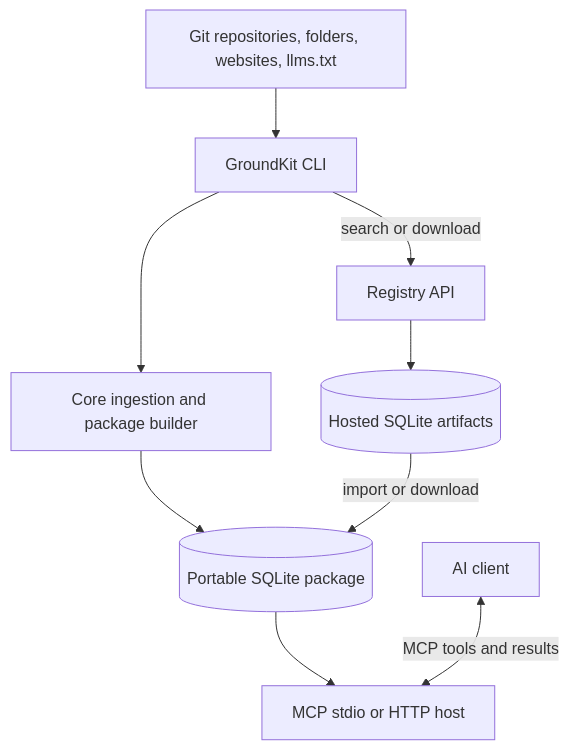
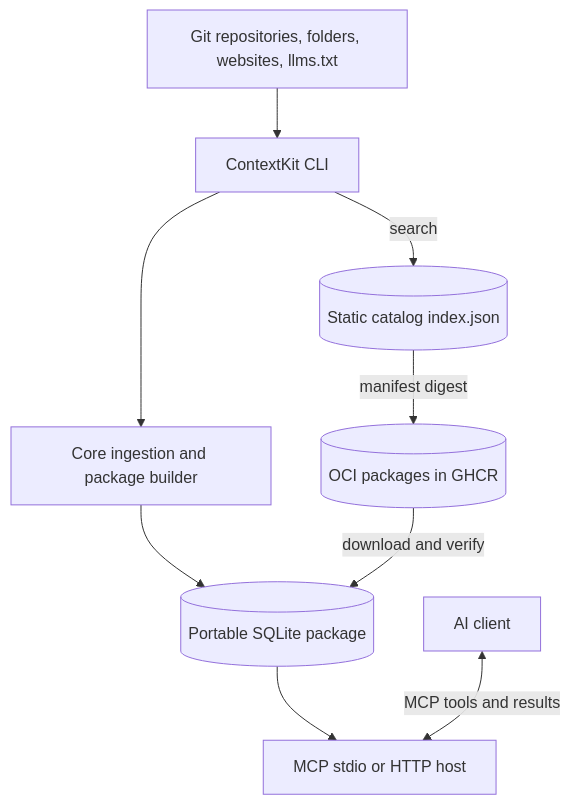
Before and after one commit to mehdihadeli/ContextKit: the second of 4 diagrams in docs/guide/architecture.md, drawn with Mermaid. The commit also changed other lines of this file and 204 other files, not shown here.

````diff
--- a/docs/guide/architecture.md
+++ b/docs/guide/architecture.md
@@ -55,20 +79,20 @@
 ```mermaid
 flowchart TB
   sources[Git repositories, folders, websites, llms.txt]
-  cli[GroundKit CLI]
+  cli[ContextKit CLI]
   ingestion[Core ingestion and package builder]
   local[(Portable SQLite package)]
-  registry[Registry API]
-  hosted[(Hosted SQLite artifacts)]
+  catalog[(Static catalog index.json)]
+  oci[(OCI packages in GHCR)]
   mcp[MCP stdio or HTTP host]
   ai[AI client]
 
   sources --> cli
   cli --> ingestion
   ingestion --> local
-  cli -->|search or download| registry
-  registry --> hosted
-  hosted -->|import or download| local
+  cli -->|search| catalog
+  catalog -->|manifest digest| oci
+  oci -->|download and verify| local
   local --> mcp
   ai <-->|MCP tools and results| mcp
 ```
````
